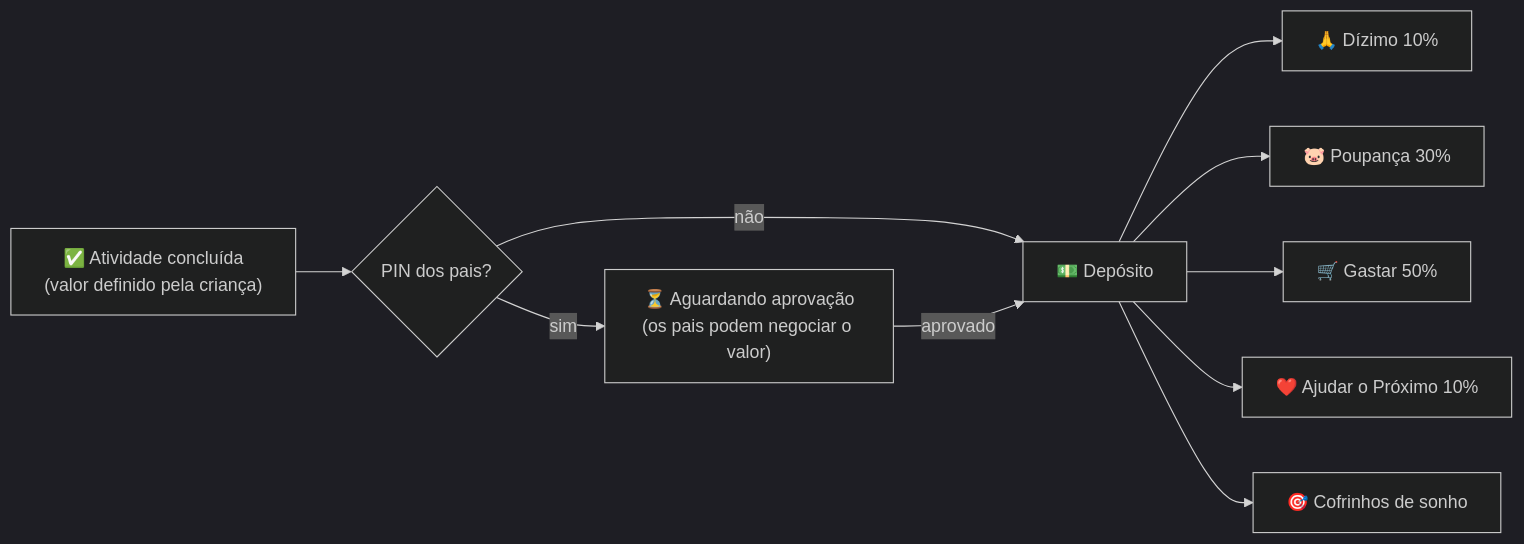
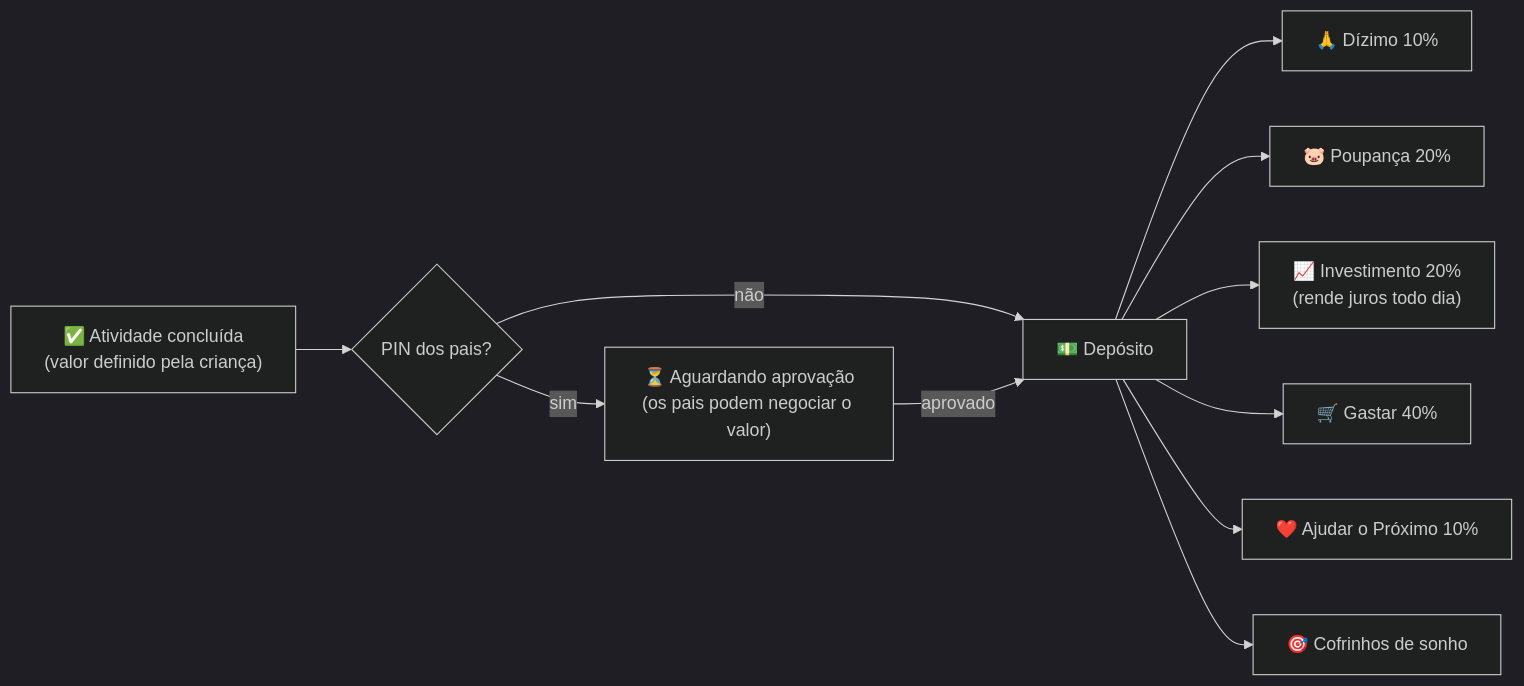
Before and after one commit to AntonioDantas/jarvis_kids: the first of 2 diagrams in README.md, drawn with Mermaid (dark theme). The commit also changed other lines of this file and 73 other files, not shown here.

````diff
--- a/README.md
+++ b/README.md
@@ -163,12 +268,13 @@
 ```mermaid
 flowchart LR
     A["✅ Atividade concluída<br/>(valor definido pela criança)"] --> B{"PIN dos pais?"}
     B -- sim --> C["⏳ Aguardando aprovação<br/>(os pais podem negociar o valor)"]
     B -- não --> D
     C -- aprovado --> D["💵 Depósito"]
     D --> E["🙏 Dízimo 10%"]
-    D --> F["🐷 Poupança 30%"]
-    D --> G["🛒 Gastar 50%"]
+    D --> F["🐷 Poupança 20%"]
+    D --> J["📈 Investimento 20%<br/>(rende juros todo dia)"]
+    D --> G["🛒 Gastar 40%"]
     D --> H["❤️ Ajudar o Próximo 10%"]
     D --> I["🎯 Cofrinhos de sonho"]
 ```
````
